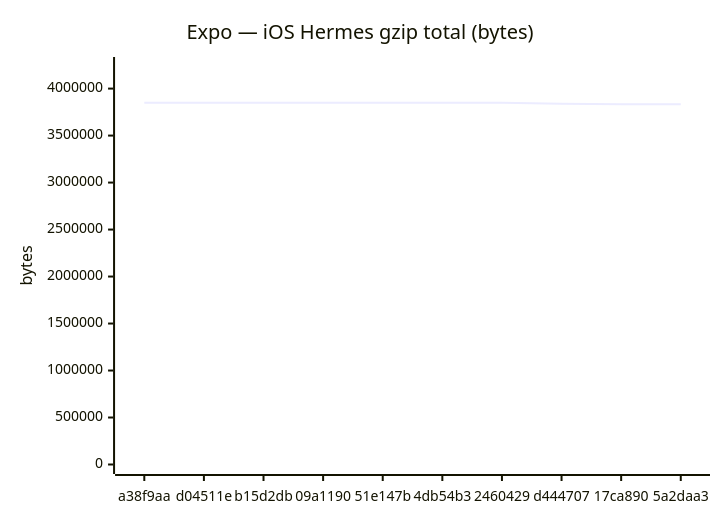
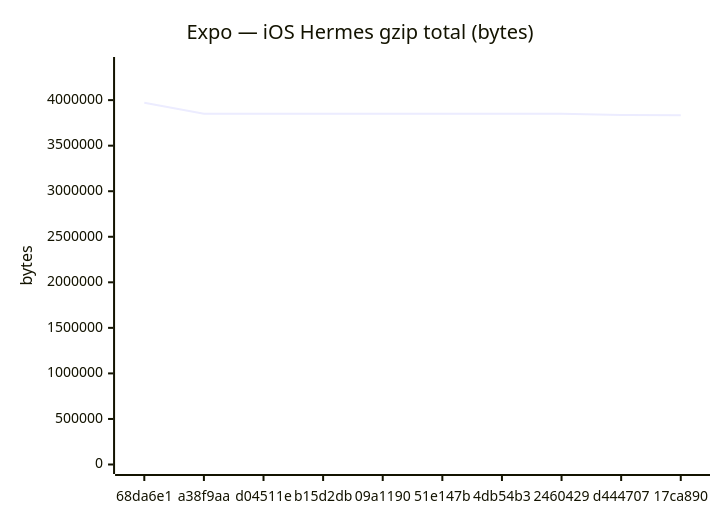
The sixth of 18 diagrams in benchmarks/compare.md (Metaheurist/Rianell), drawn with Mermaid before and after one commit. The commit also changed other lines of this file and 11 other files, not shown here.

````diff
--- a/benchmarks/compare.md
+++ b/benchmarks/compare.md
@@ -96,7 +96,7 @@
 ```mermaid
 xychart-beta
     title "Expo — iOS Hermes gzip total (bytes)"
-    x-axis ["a38f9aa", "d04511e", "b15d2db", "09a1190", "51e147b", "4db54b3", "2460429", "d444707", "17ca890", "5a2daa3"]
-    y-axis "bytes" 0 --> 4235116
-    line [3849365, 3849367, 3849366, 3850104, 3850105, 3850105, 3850104, 3837764, 3833771, 3832292]
+    x-axis ["68da6e1", "a38f9aa", "d04511e", "b15d2db", "09a1190", "51e147b", "4db54b3", "2460429", "d444707", "17ca890"]
+    y-axis "bytes" 0 --> 4369141
+    line [3971946, 3849365, 3849367, 3849366, 3850104, 3850105, 3850105, 3850104, 3837764, 3833771]
 ```
````
